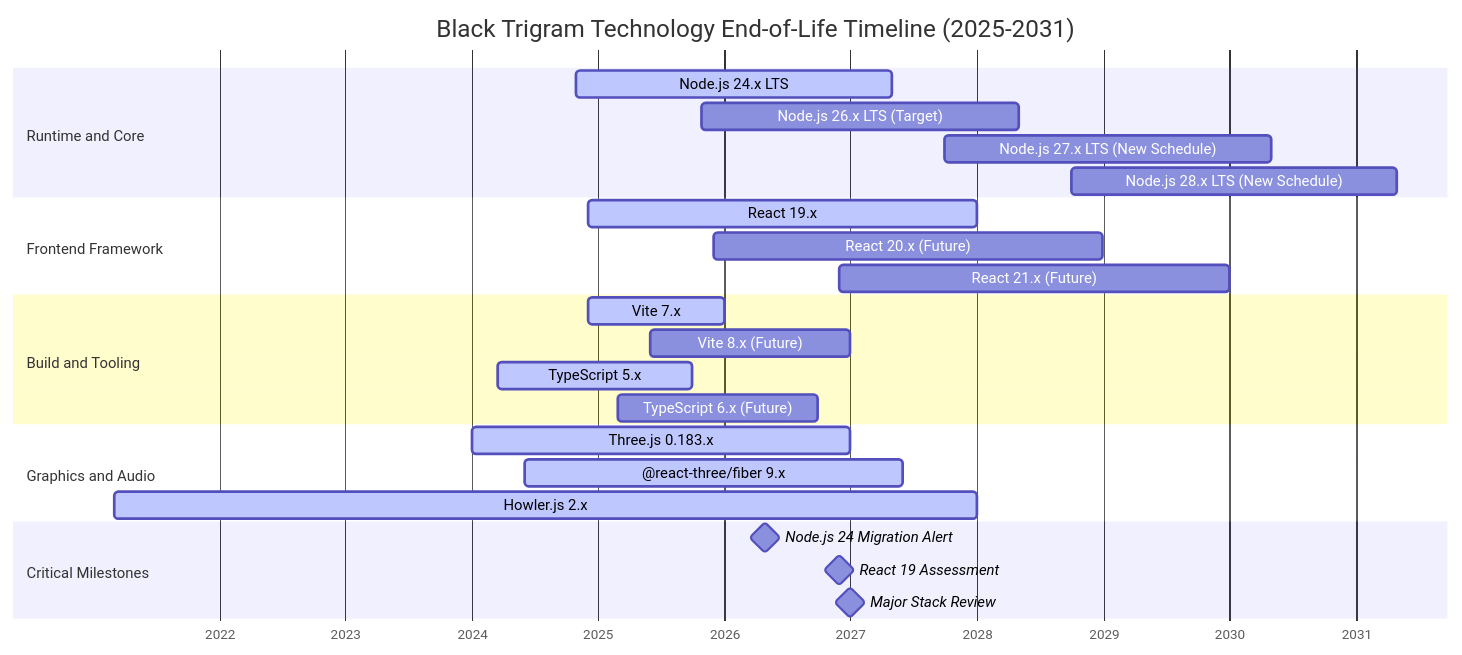
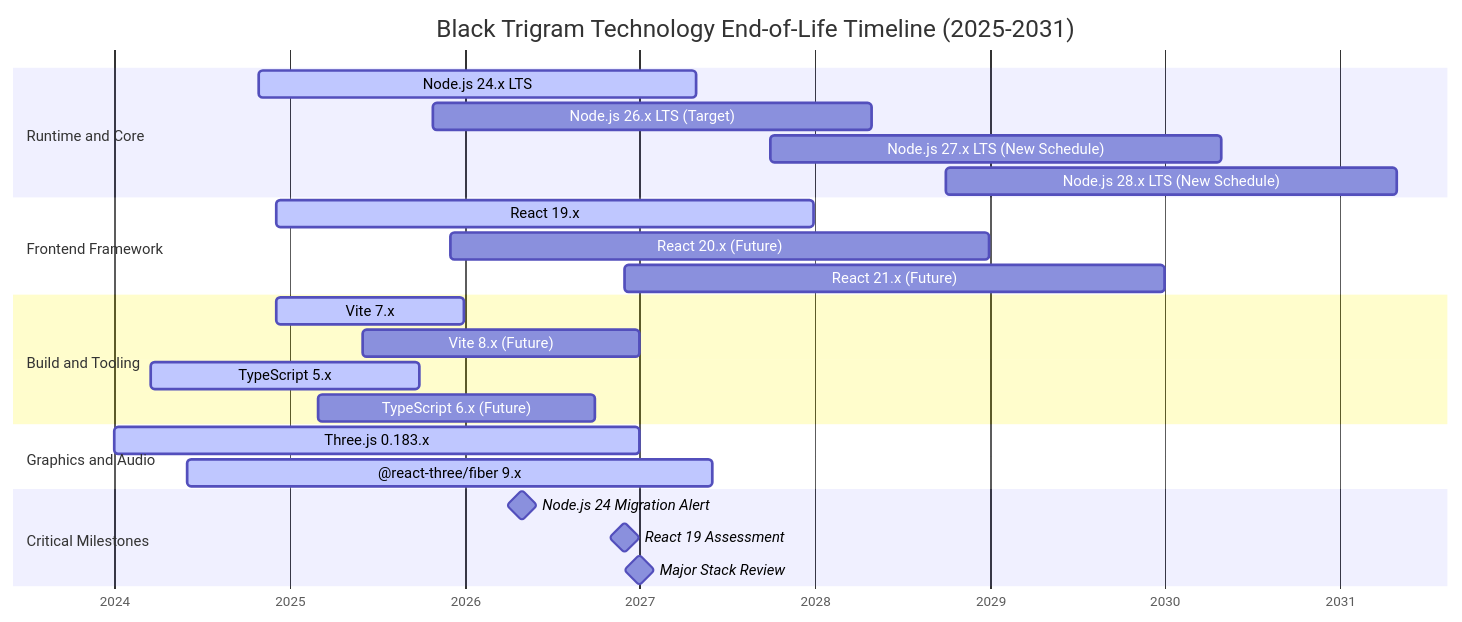
The fifth of 8 diagrams in End-of-Life-Strategy.md (Hack23/blacktrigram), drawn with Mermaid before and after one commit. The commit also changed other lines of this file and 1 other file, not shown here.

Commit message:
Address round 8 review: remove Howler.js/Error Boundary phantom deps, split infra vs tooling tables

````diff
--- a/End-of-Life-Strategy.md
+++ b/End-of-Life-Strategy.md
@@ -378,33 +378,32 @@
 ```mermaid
 gantt
     title Black Trigram Technology End-of-Life Timeline (2025-2031)
     dateFormat YYYY-MM-DD
     axisFormat %Y
 
     section Runtime and Core
     Node.js 24.x LTS          :active, node24, 2024-10-29, 2027-04-30
     Node.js 26.x LTS (Target) :node26, 2025-10-28, 2028-04-30
     Node.js 27.x LTS (New Schedule) :node27, 2027-10-01, 2030-04-30
     Node.js 28.x LTS (New Schedule) :node28, 2028-10-01, 2031-04-30
 
     section Frontend Framework
     React 19.x                :active, react19, 2024-12-05, 2027-12-31
     React 20.x (Future)       :react20, 2025-12-01, 2028-12-31
     React 21.x (Future)       :react21, 2026-12-01, 2029-12-31
 
     section Build and Tooling
     Vite 7.x                  :active, vite7, 2024-12-03, 2025-12-31
     Vite 8.x (Future)         :vite8, 2025-06-01, 2026-12-31
     TypeScript 5.x            :active, ts5, 2024-03-16, 2025-09-30
     TypeScript 6.x (Future)   :ts6, 2025-03-01, 2026-09-30
 
     section Graphics and Audio
     Three.js 0.183.x           :active, three, 2024-01-01, 2026-12-31
     @react-three/fiber 9.x     :active, r3f9, 2024-06-01, 2027-06-01
-    Howler.js 2.x             :active, howler2, 2021-03-04, 2027-12-31
 
     section Critical Milestones
     Node.js 24 Migration Alert :milestone, node24alert, 2026-04-30, 0d
     React 19 Assessment       :milestone, react19assess, 2026-12-01, 0d
     Major Stack Review        :milestone, stackreview, 2027-01-01, 0d
 ```
````
